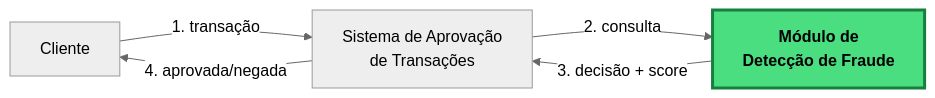
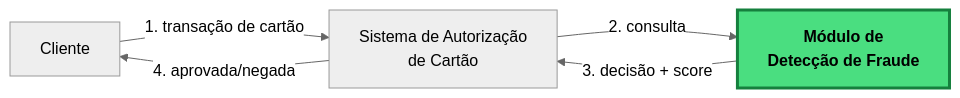
The diagram in docs/br/README.md (zanfranceschi/rinha-de-backend-2026), drawn with Mermaid (neutral theme) before and after one commit. The commit also changed other lines of this file and 6 other files, not shown here.

````diff
--- a/docs/br/README.md
+++ b/docs/br/README.md
@@ -9,10 +7,10 @@
 ```mermaid
 flowchart LR
-    Client[Cliente] -->|1. transação| Sistema[Sistema de Aprovação<br/>de Transações]
+    Client[Cliente] -->|1. transação de cartão| Sistema[Sistema de Autorização<br/>de Cartão]
     Sistema -->|2. consulta| Fraude[Módulo de<br/>Detecção de Fraude]
     Fraude -->|3. decisão + score| Sistema
     Sistema -->|4. aprovada/negada| Client
 
     classDef highlight fill:#4ade80,stroke:#15803d,stroke-width:3px,color:#000,font-weight:bold
     class Fraude highlight
 ```
````
